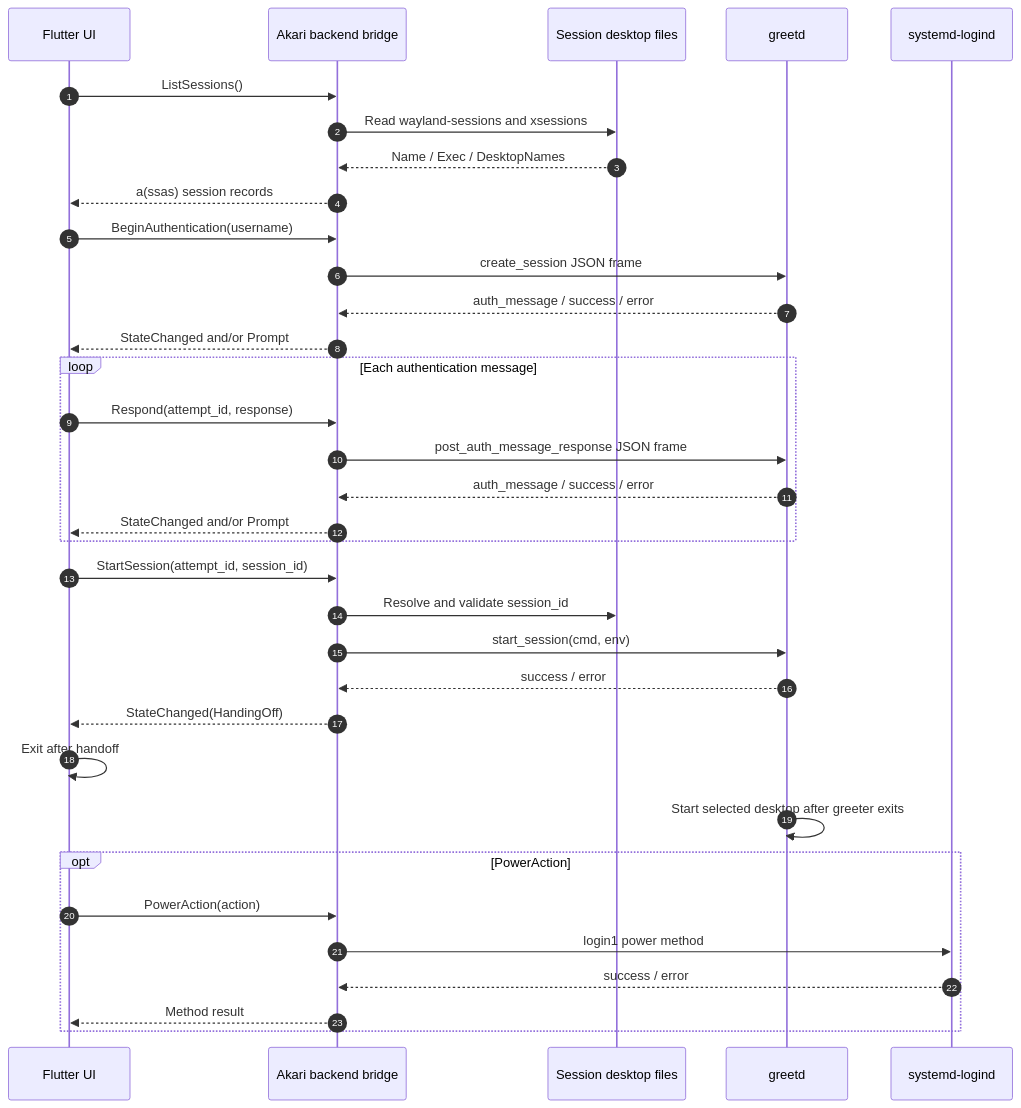
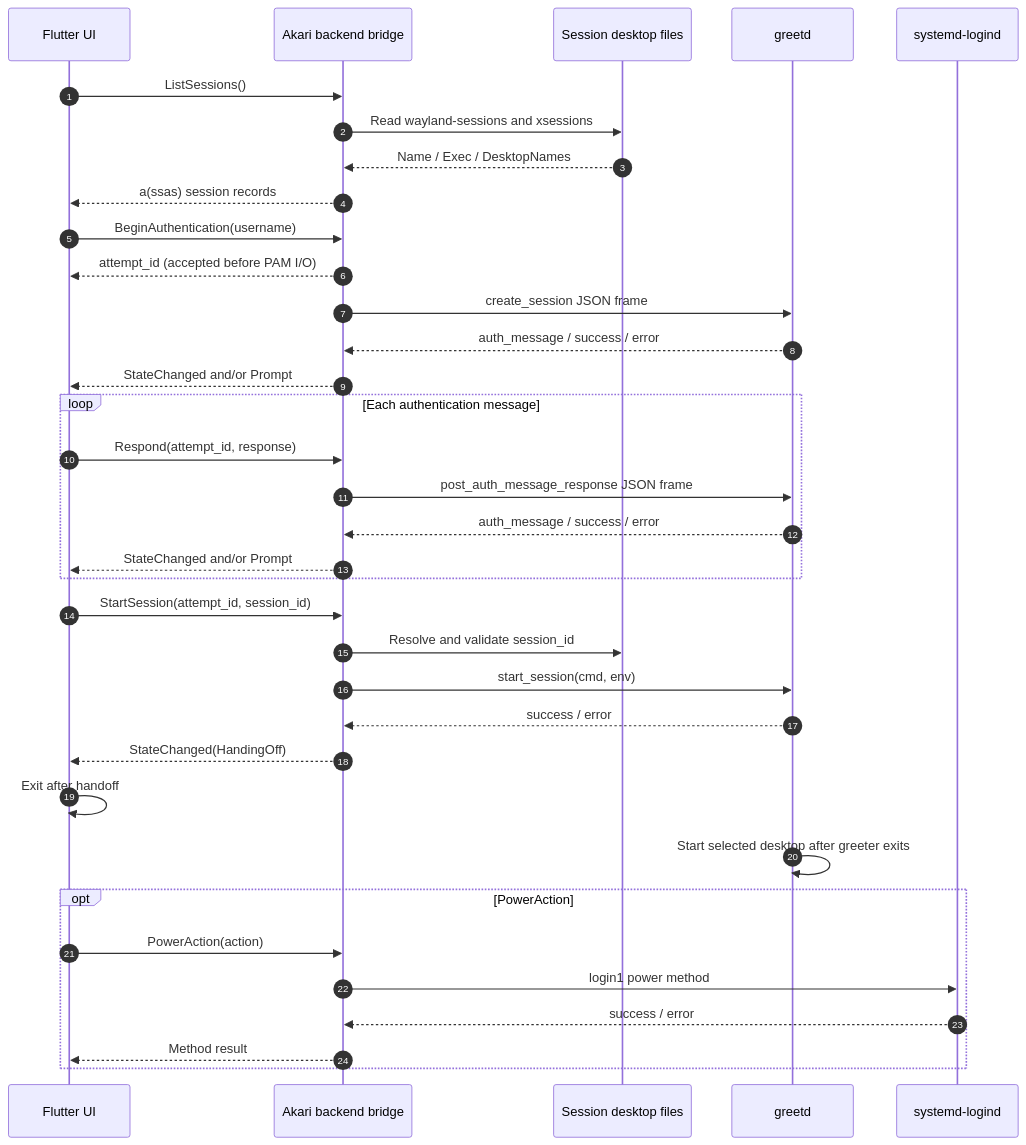
Before and after one commit to anfsity/Akari: the first of 3 diagrams in docs/reference/dbus.md, drawn with Mermaid. The commit also changed other lines of this file and 3 other files, not shown here.

Commit message:
fix(auth): return attempt IDs before waiting for PAM

````diff
--- a/docs/reference/dbus.md
+++ b/docs/reference/dbus.md
@@ -42,41 +42,42 @@
 ```mermaid
 sequenceDiagram
     autonumber
     participant UI as Flutter UI
     participant B as Akari backend bridge
     participant F as Session desktop files
     participant G as greetd
     participant L as systemd-logind
 
     UI->>B: ListSessions()
     B->>F: Read wayland-sessions and xsessions
     F-->>B: Name / Exec / DesktopNames
     B-->>UI: a(ssas) session records
 
     UI->>B: BeginAuthentication(username)
+    B-->>UI: attempt_id (accepted before PAM I/O)
     B->>G: create_session JSON frame
     G-->>B: auth_message / success / error
     B-->>UI: StateChanged and/or Prompt
 
     loop Each authentication message
         UI->>B: Respond(attempt_id, response)
         B->>G: post_auth_message_response JSON frame
         G-->>B: auth_message / success / error
         B-->>UI: StateChanged and/or Prompt
     end
 
     UI->>B: StartSession(attempt_id, session_id)
     B->>F: Resolve and validate session_id
     B->>G: start_session(cmd, env)
     G-->>B: success / error
     B-->>UI: StateChanged(HandingOff)
     UI->>UI: Exit after handoff
     G->>G: Start selected desktop after greeter exits
 
     opt PowerAction
         UI->>B: PowerAction(action)
         B->>L: login1 power method
         L-->>B: success / error
         B-->>UI: Method result
     end
 ```
````
